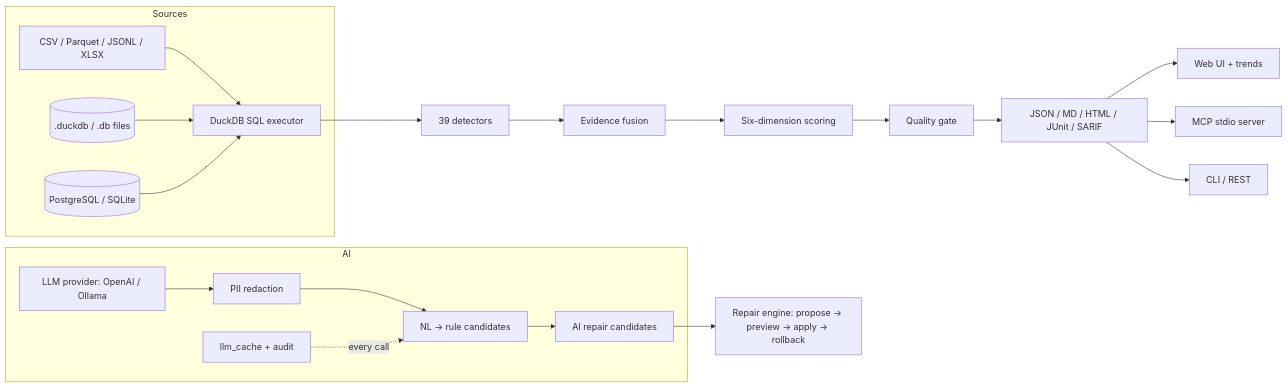
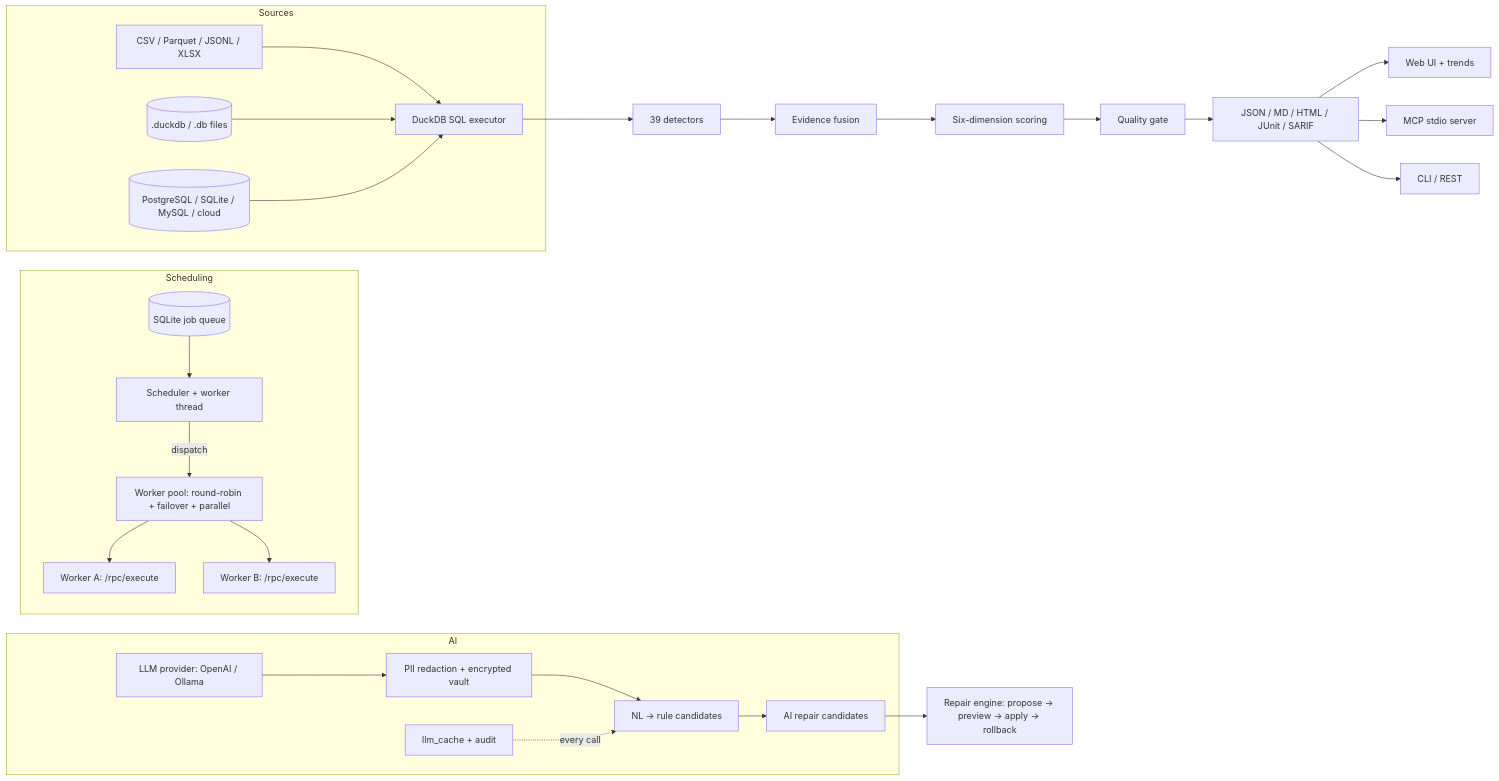
Before and after one commit to Jackxiaozhiren/datasentry: the diagram in README.md, drawn with Mermaid. The commit also changed other lines of this file, not shown here.

Commit message:
docs: refresh README — scheduling/distributed/plugins/PII features, updated architecture diagram

````diff
--- a/README.md
+++ b/README.md
@@ -129,26 +133,32 @@
 ```mermaid
 flowchart LR
     subgraph Sources
         CSV[CSV / Parquet / JSONL / XLSX] --> Exec[DuckDB SQL executor]
         DDB[(.duckdb / .db files)] --> Exec
-        PG[(PostgreSQL / SQLite)] --> Exec
+        PG[(PostgreSQL / SQLite / MySQL / cloud)] --> Exec
     end
     Exec --> Dets[39 detectors]
     Dets --> Fuse[Evidence fusion]
     Fuse --> Score[Six-dimension scoring]
     Score --> Gate[Quality gate]
     Gate --> Report[JSON / MD / HTML / JUnit / SARIF]
     Report --> UI[Web UI + trends]
     Report --> MCP[MCP stdio server]
     Report --> CLI[CLI / REST]
+    subgraph Scheduling
+        Q[(SQLite job queue)] --> Sched[Scheduler + worker thread]
+        Sched -->|dispatch| Pool[Worker pool: round-robin + failover + parallel]
+        Pool --> W1[Worker A: /rpc/execute]
+        Pool --> W2[Worker B: /rpc/execute]
+    end
     subgraph AI
         LLM[LLM provider: OpenAI / Ollama]
-        Red[PII redaction]
+        Red[PII redaction + encrypted vault]
         Audit[llm_cache + audit]
         LLM --> Red
         Red --> Rules[NL → rule candidates]
         Rules --> Repair[AI repair candidates]
         Audit -.->|every call| Rules
     end
     Repair --> RepairEngine[Repair engine: propose → preview → apply → rollback]
 ```
````
